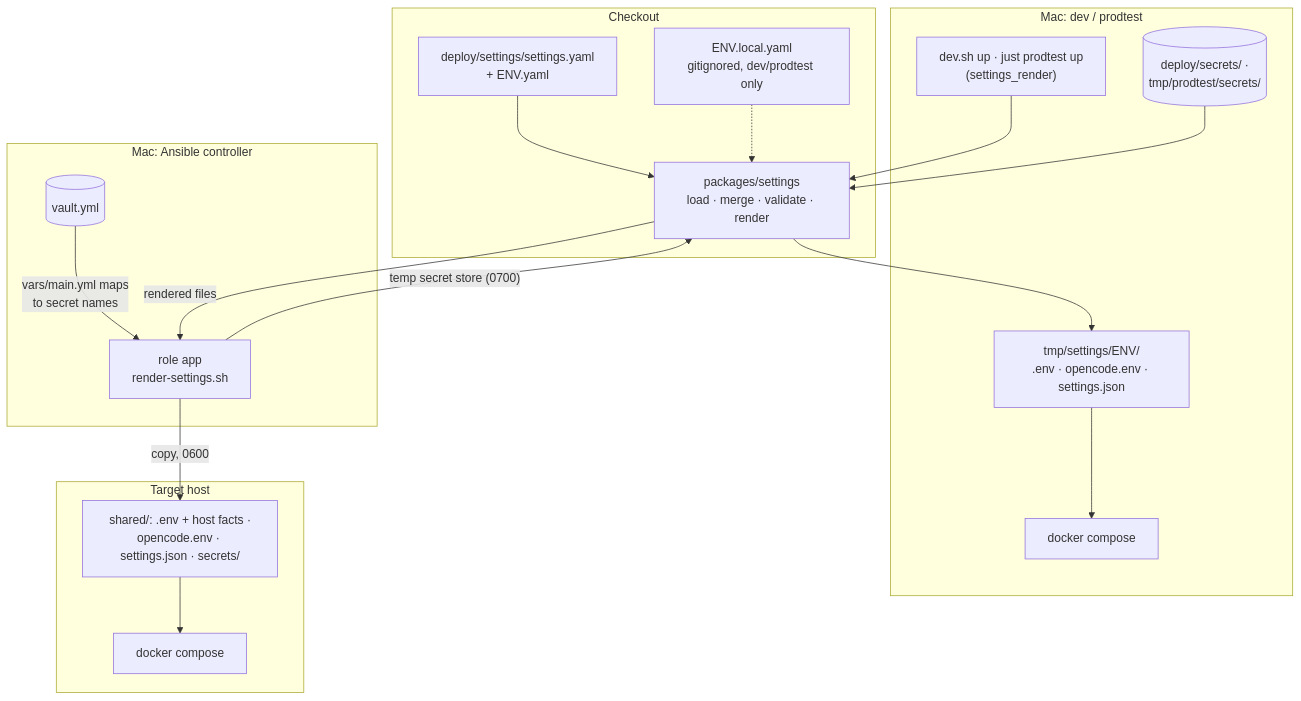
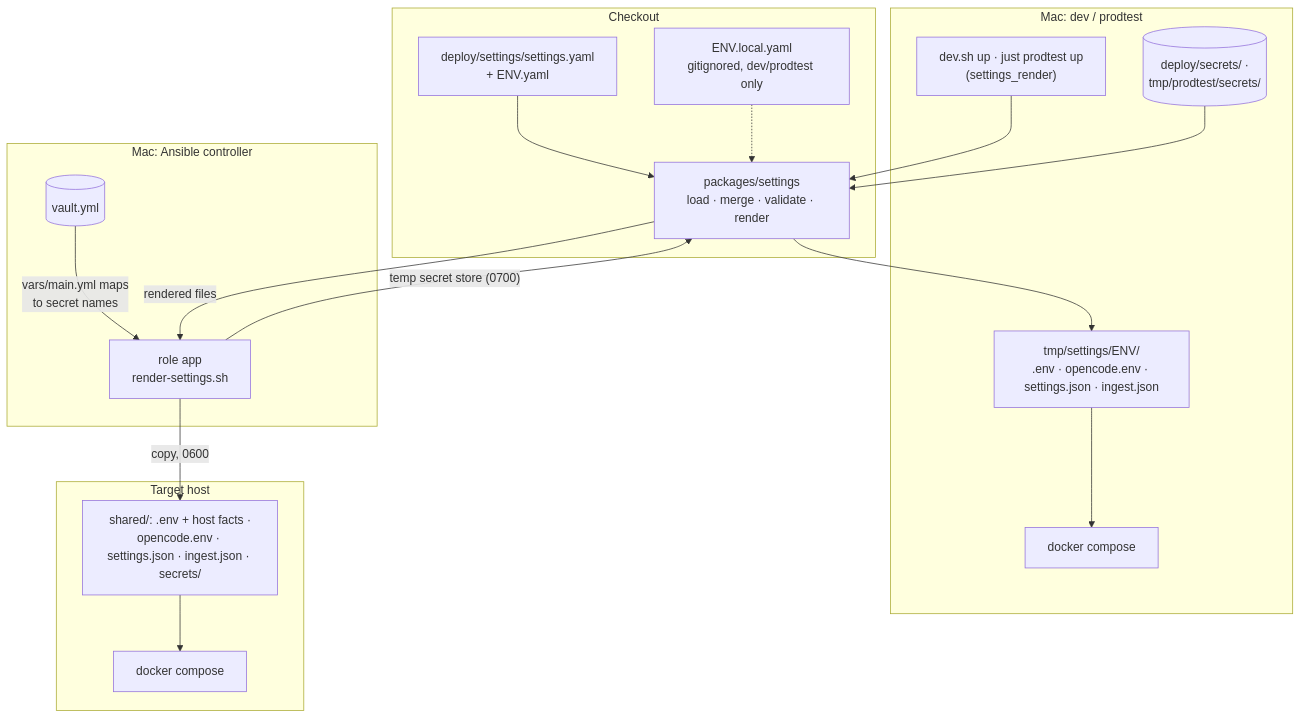
Diagram 17 of 17 in specs/system/architecture.md (tillg/karpathy.app), drawn with Mermaid before and after one commit. The commit also changed other lines of this file and 5 other files, not shown here.

````diff
--- a/specs/system/architecture.md
+++ b/specs/system/architecture.md
@@ -1028,25 +1241,25 @@
 ```mermaid
 flowchart TB
   subgraph Repo["Checkout"]
     SY["deploy/settings/settings.yaml<br/>+ ENV.yaml"]
     SL["ENV.local.yaml<br/>gitignored, dev/prodtest only"]
     PK["packages/settings<br/>load · merge · validate · render"]
   end
   subgraph Mac["Mac: dev / prodtest"]
     DS["dev.sh up · just prodtest up<br/>(settings_render)"] --> PK
     DSS[("deploy/secrets/ ·<br/>tmp/prodtest/secrets/")] --> PK
-    PK --> DO["tmp/settings/ENV/<br/>.env · opencode.env · settings.json"]
+    PK --> DO["tmp/settings/ENV/<br/>.env · opencode.env · settings.json · ingest.json"]
     DO --> DC[docker compose]
   end
   subgraph Ctl["Mac: Ansible controller"]
     AV[("vault.yml")] -->|"vars/main.yml maps<br/>to secret names"| AR["role app<br/>render-settings.sh"]
     AR -->|"temp secret store (0700)"| PK
   end
   subgraph Host["Target host"]
-    SH["shared/: .env + host facts ·<br/>opencode.env · settings.json · secrets/"] --> HC[docker compose]
+    SH["shared/: .env + host facts ·<br/>opencode.env · settings.json · ingest.json · secrets/"] --> HC[docker compose]
   end
   SY --> PK
   SL -.-> PK
   PK -->|"rendered files"| AR
   AR -->|"copy, 0600"| SH
 ```
````
